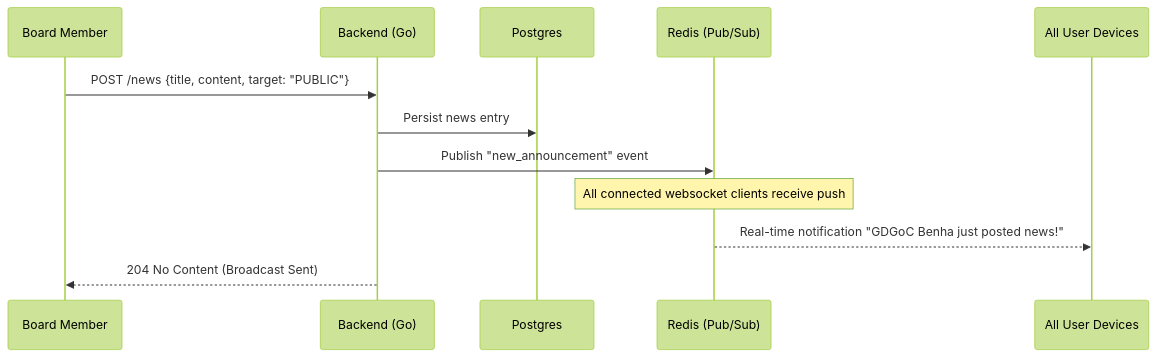
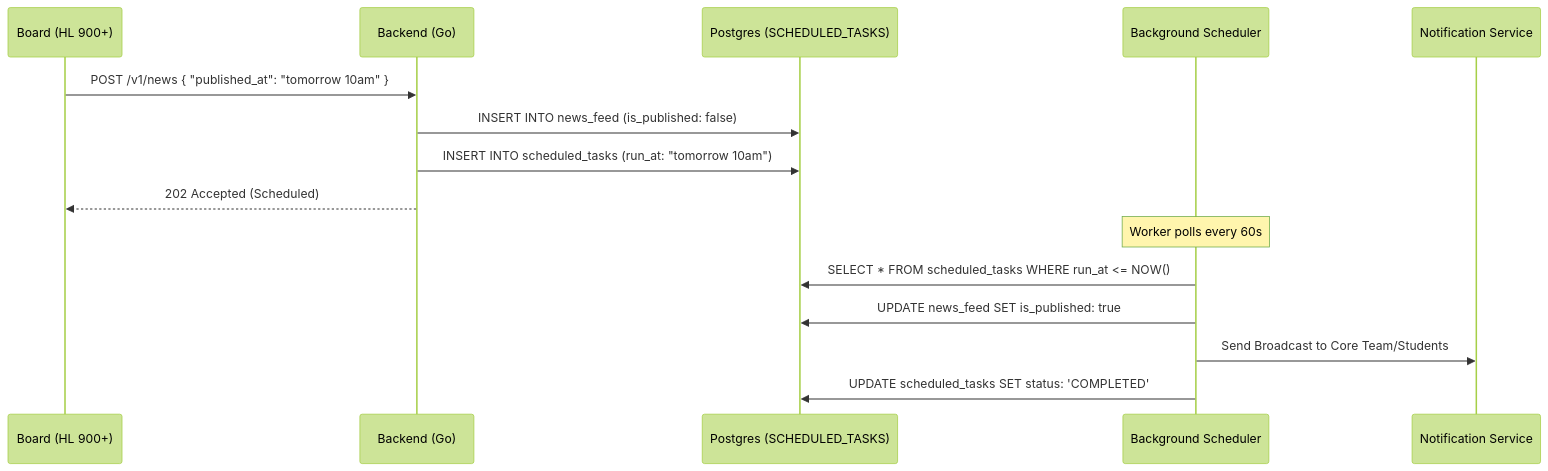
The first of 2 diagrams in docs/features/workflows.md (MostafaSensei106/GDGoC-Benha-System), drawn with Mermaid (forest theme) before and after one commit. The commit also changed other lines of this file and 4 other files, not shown here.

````diff
--- a/docs/features/workflows.md
+++ b/docs/features/workflows.md
@@ -69,16 +9,19 @@
 ```mermaid
 sequenceDiagram
-    participant Board as Board Member
+    participant Board as Board (HL 900+)
     participant API as Backend (Go)
-    participant DB as Postgres
-    participant Redis as Redis (Pub/Sub)
-    participant Clients as All User Devices
+    participant DB as Postgres (SCHEDULED_TASKS)
+    participant Worker as Background Scheduler
+    participant Notify as Notification Service
 
-    Board->>API: POST /news {title, content, target: "PUBLIC"}
-    API->>DB: Persist news entry
-    API->>Redis: Publish "new_announcement" event
-    
-    Note over Redis: All connected websocket clients receive push
-    Redis-->>Clients: Real-time notification "GDGoC Benha just posted news!"
-    API-->>Board: 204 No Content (Broadcast Sent)
+    Board->>API: POST /v1/news { "published_at": "tomorrow 10am" }
+    API->>DB: INSERT INTO news_feed (is_published: false)
+    API->>DB: INSERT INTO scheduled_tasks (run_at: "tomorrow 10am")
+    API-->>Board: 202 Accepted (Scheduled)
+
+    Note over Worker: Worker polls every 60s
+    Worker->>DB: SELECT * FROM scheduled_tasks WHERE run_at <= NOW()
+    Worker->>DB: UPDATE news_feed SET is_published: true
+    Worker->>Notify: Send Broadcast to Core Team/Students
+    Worker->>DB: UPDATE scheduled_tasks SET status: 'COMPLETED'
 ```
````
